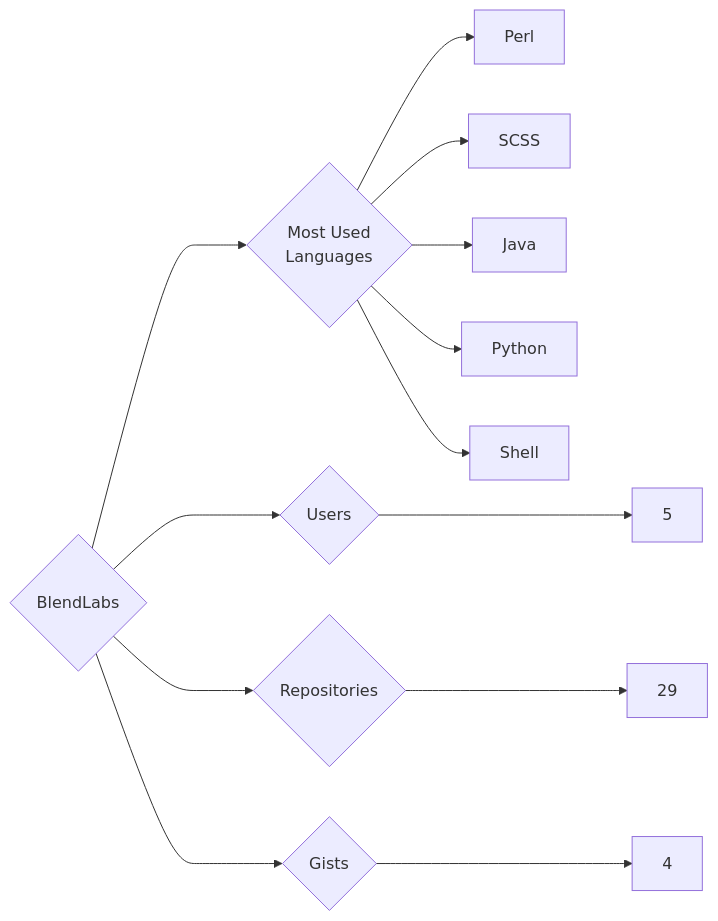
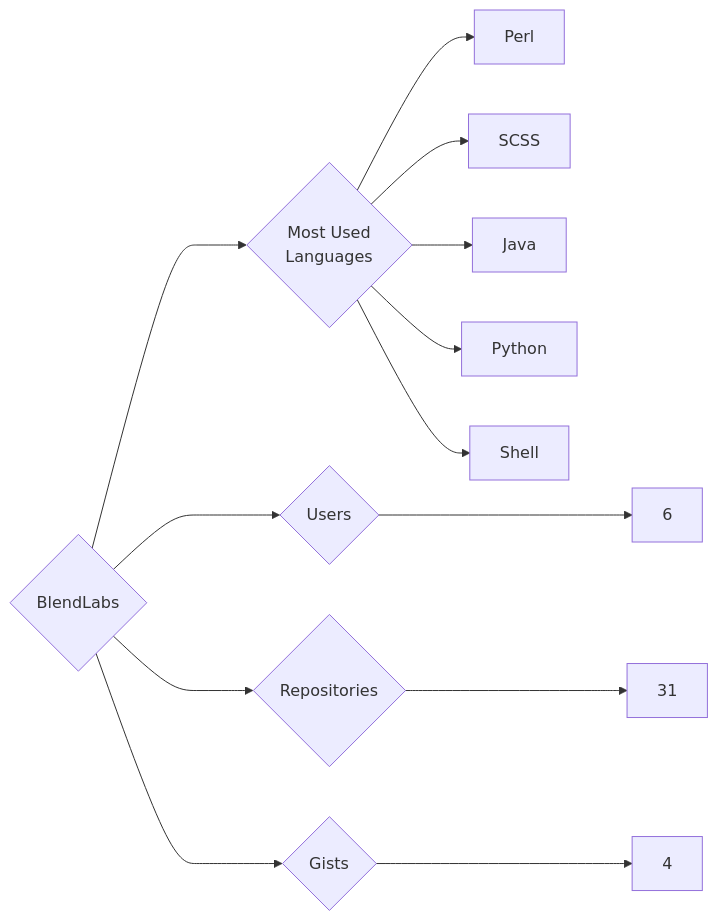
Before and after one commit to trickest/insiders: the diagram in targets/BlendLabs/README.md, drawn with Mermaid. The commit also changed 938 other files, not shown here.

````diff
--- a/targets/BlendLabs/README.md
+++ b/targets/BlendLabs/README.md
@@ -3,13 +3,13 @@
 ```mermaid
 graph LR
 COMPANY_NAME{BlendLabs}
-COMPANY_NAME ---> U{Users} ---> UN[5]
-COMPANY_NAME ---> R{Repositories} ---> RN[29]
+COMPANY_NAME ---> U{Users} ---> UN[6]
+COMPANY_NAME ---> R{Repositories} ---> RN[31]
 COMPANY_NAME ---> G{Gists} ---> GN[4]
 COMPANY_NAME ---> ML{Most Used<br>Languages}
 ML --> Perl[Perl]
 ML --> SCSS[SCSS]
 ML --> Java[Java]
 ML --> Python[Python]
 ML --> Shell[Shell]
 ```
````
